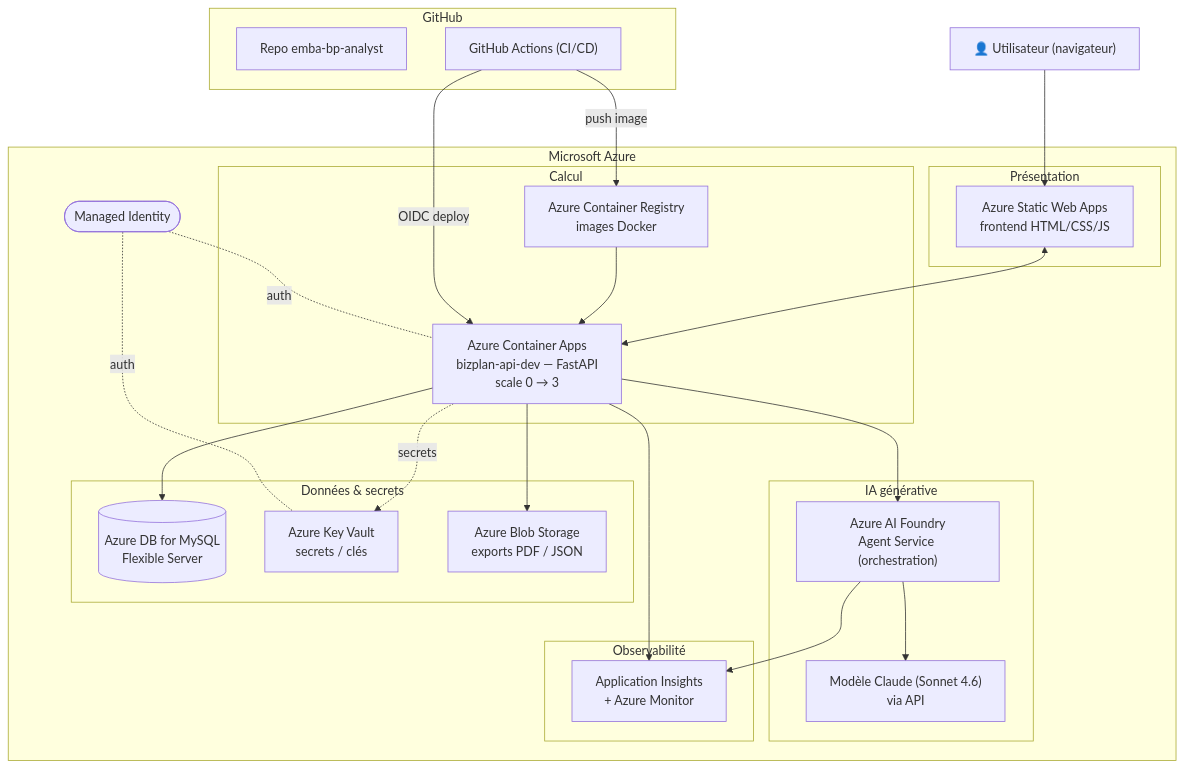
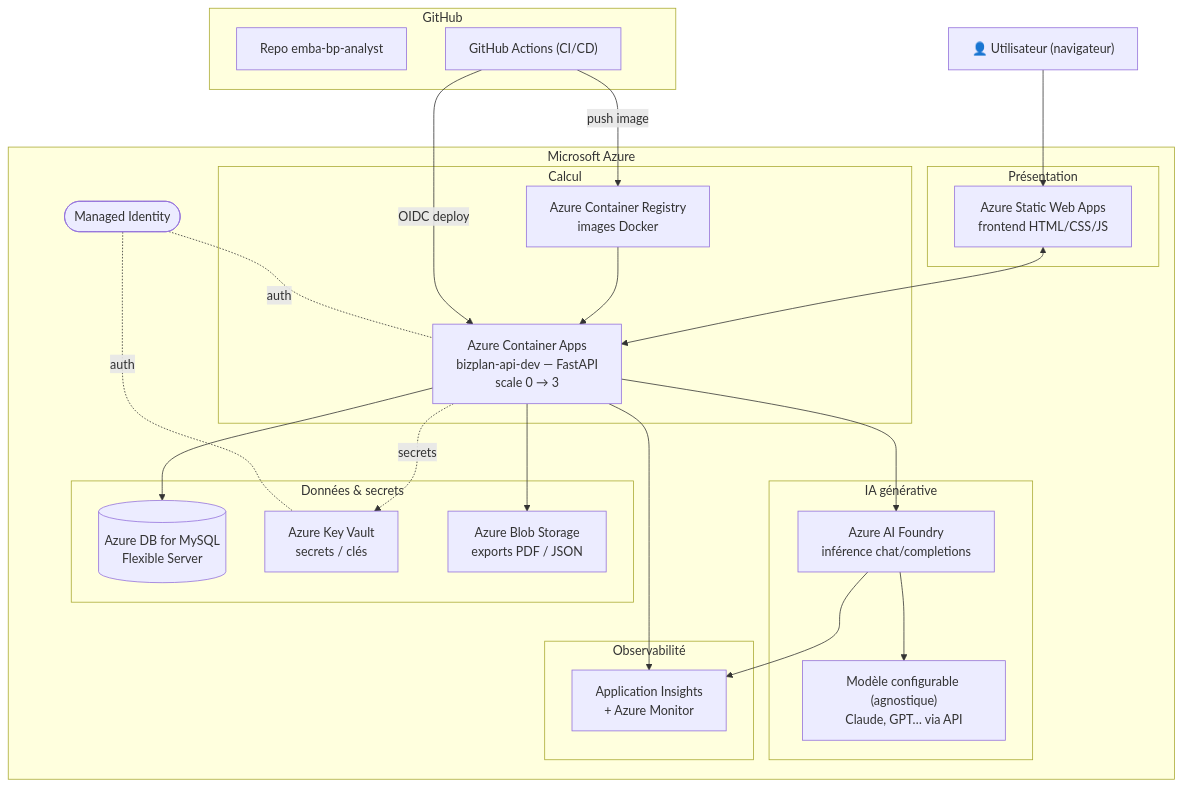
One commit to BenjGue/emba-bp-analyst changed the first of 3 diagrams in docs/diagrammes.md. Above: the diagram before and after it, drawn with Mermaid. The commit also changed other lines of this file and 7 other files, not shown here.

Commit message:
docs: clarifie l'architecture IA (6 agents, orchestration par le code, pas d'agent scoring, 11 sections)

````diff
--- a/docs/diagrammes.md
+++ b/docs/diagrammes.md
@@ -20,47 +21,47 @@
 ```mermaid
 flowchart TB
     user["👤 Utilisateur (navigateur)"]
 
     subgraph GH["GitHub"]
       repo["Repo emba-bp-analyst"]
       actions["GitHub Actions (CI/CD)"]
     end
 
     subgraph AZ["Microsoft Azure"]
       subgraph FRONT["Présentation"]
         swa["Azure Static Web Apps<br/>frontend HTML/CSS/JS"]
       end
       subgraph COMPUTE["Calcul"]
         aca["Azure Container Apps<br/>bizplan-api-dev — FastAPI<br/>scale 0 → 3"]
         acr["Azure Container Registry<br/>images Docker"]
       end
       subgraph AISVC["IA générative"]
-        foundry["Azure AI Foundry<br/>Agent Service (orchestration)"]
-        claude["Modèle Claude (Sonnet 4.6)<br/>via API"]
+        foundry["Azure AI Foundry<br/>inférence chat/completions"]
+        claude["Modèle configurable (agnostique)<br/>Claude, GPT… via API"]
       end
       subgraph DATA["Données & secrets"]
         mysql[("Azure DB for MySQL<br/>Flexible Server")]
         kv["Azure Key Vault<br/>secrets / clés"]
         blob["Azure Blob Storage<br/>exports PDF / JSON"]
       end
       subgraph OBS["Observabilité"]
         appi["Application Insights<br/>+ Azure Monitor"]
       end
       mi(["Managed Identity"])
     end
 
     user --> swa
     swa <--> aca
     actions -->|push image| acr
     acr --> aca
     actions -->|OIDC deploy| aca
     aca --> mysql
     aca --> foundry
     foundry --> claude
     aca --> blob
     aca -. secrets .-> kv
     aca --> appi
     foundry --> appi
     mi -. auth .- aca
     mi -. auth .- kv
 ```
````
